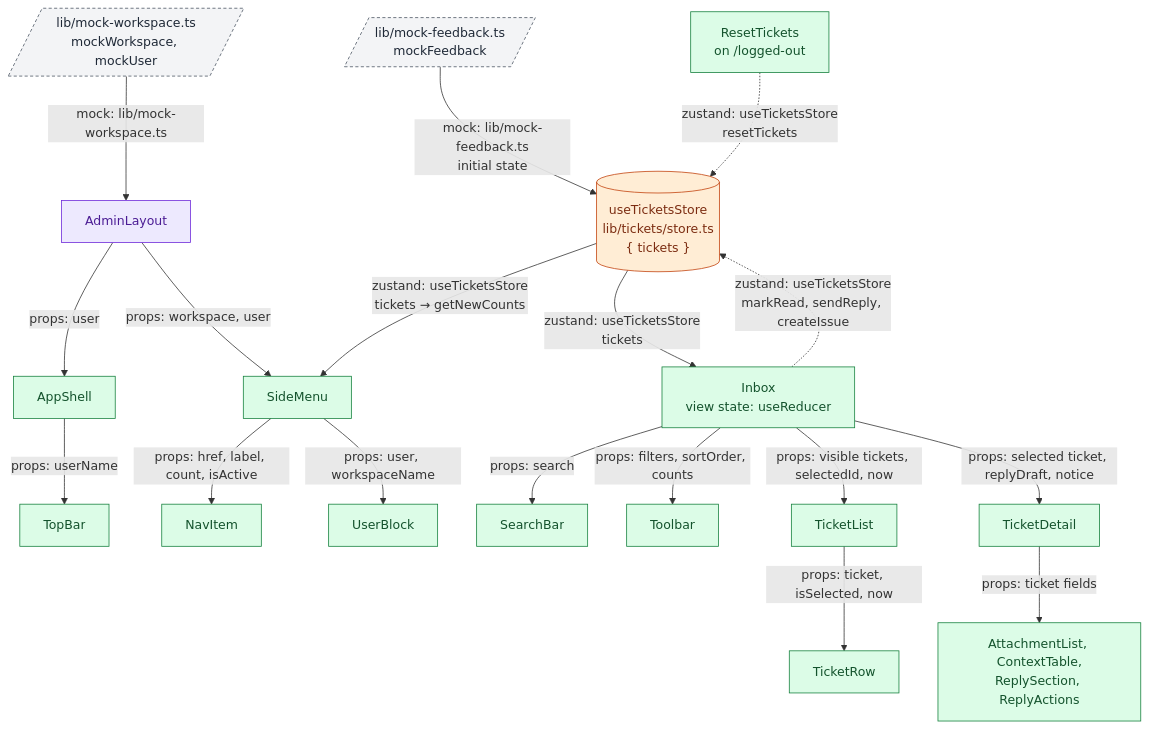
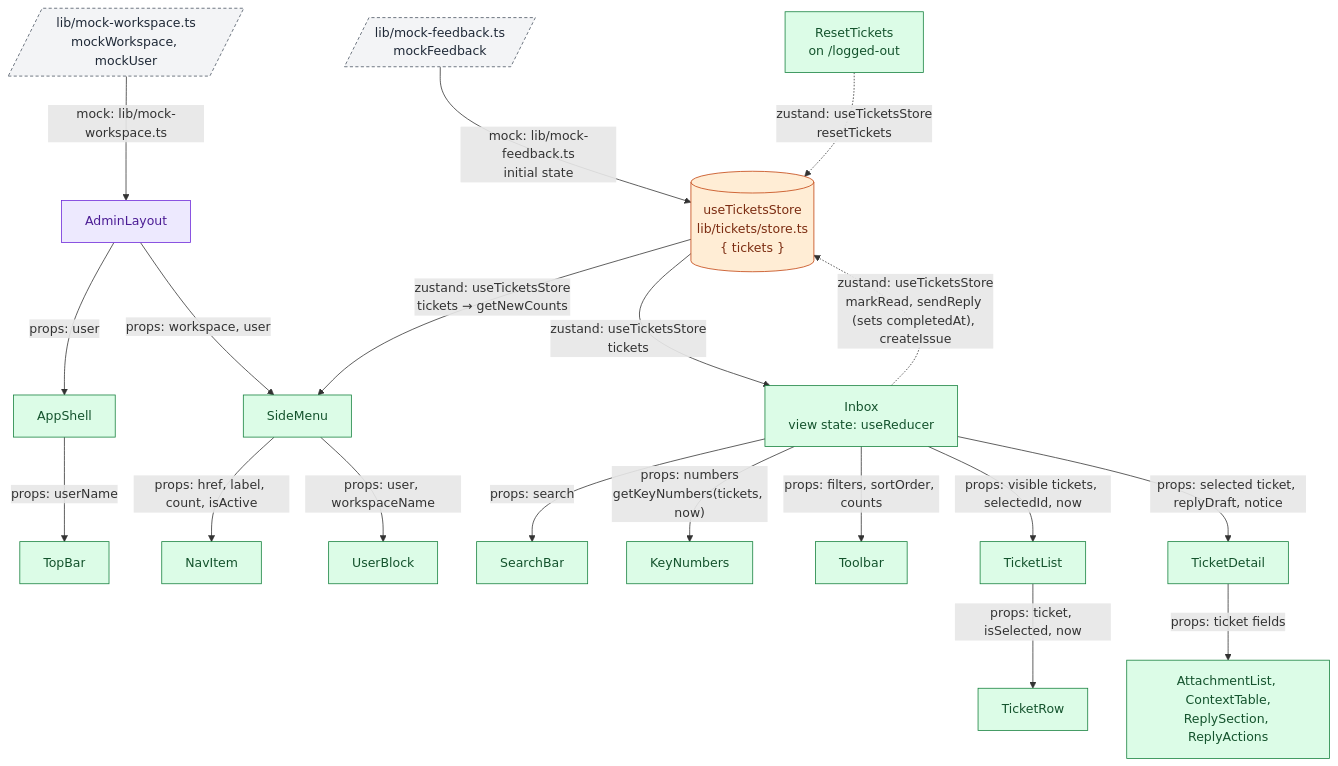
Diagram 13 of 13 in apps/admin/docs/architecture.md (AlberteViendahl/feedback), drawn with Mermaid before and after one commit. The commit also changed other lines of this file, not shown here.

Commit message:
Updates to architecture

````diff
--- a/apps/admin/docs/architecture.md
+++ b/apps/admin/docs/architecture.md
@@ -520,50 +537,52 @@
 ```mermaid
 flowchart TD
   MockWorkspace[/"lib/mock-workspace.ts<br/>mockWorkspace, mockUser"/]:::mock
   MockFeedback[/"lib/mock-feedback.ts<br/>mockFeedback"/]:::mock
   Store[("useTicketsStore<br/>lib/tickets/store.ts<br/>{ tickets }")]:::store
 
   AdminLayout["AdminLayout"]:::layout
   AppShell["AppShell"]:::component
   TopBar["TopBar"]:::component
   SideMenu["SideMenu"]:::component
   NavItem["NavItem"]:::component
   UserBlock["UserBlock"]:::component
 
   Inbox["Inbox<br/>view state: useReducer"]:::component
   SearchBar["SearchBar"]:::component
+  KeyNumbers["KeyNumbers"]:::component
   Toolbar["Toolbar"]:::component
   TicketList["TicketList"]:::component
   TicketRow["TicketRow"]:::component
   TicketDetail["TicketDetail"]:::component
   Sections["AttachmentList, ContextTable,<br/>ReplySection, ReplyActions"]:::component
 
   ResetTickets["ResetTickets<br/>on /logged-out"]:::component
 
   MockWorkspace -- "mock: lib/mock-workspace.ts" --> AdminLayout
   MockFeedback -- "mock: lib/mock-feedback.ts<br/>initial state" --> Store
 
   AdminLayout -- "props: user" --> AppShell
   AppShell -- "props: userName" --> TopBar
   AdminLayout -- "props: workspace, user" --> SideMenu
   Store -- "zustand: useTicketsStore<br/>tickets → getNewCounts" --> SideMenu
   SideMenu -- "props: href, label, count, isActive" --> NavItem
   SideMenu -- "props: user, workspaceName" --> UserBlock
 
   Store -- "zustand: useTicketsStore<br/>tickets" --> Inbox
   Inbox -- "props: search" --> SearchBar
+  Inbox -- "props: numbers<br/>getKeyNumbers(tickets, now)" --> KeyNumbers
   Inbox -- "props: filters, sortOrder, counts" --> Toolbar
   Inbox -- "props: visible tickets, selectedId, now" --> TicketList
   TicketList -- "props: ticket, isSelected, now" --> TicketRow
   Inbox -- "props: selected ticket, replyDraft, notice" --> TicketDetail
   TicketDetail -- "props: ticket fields" --> Sections
 
-  Inbox -. "zustand: useTicketsStore<br/>markRead, sendReply, createIssue" .-> Store
+  Inbox -. "zustand: useTicketsStore<br/>markRead, sendReply (sets completedAt), createIssue" .-> Store
   ResetTickets -. "zustand: useTicketsStore<br/>resetTickets" .-> Store
 
   classDef page fill:#DBEAFE,stroke:#1D4ED8,color:#1E3A8A
   classDef layout fill:#EDE9FE,stroke:#6D28D9,color:#4C1D95
   classDef component fill:#DCFCE7,stroke:#15803D,color:#14532D
   classDef store fill:#FFEDD5,stroke:#C2410C,color:#7C2D12
   classDef mock fill:#F3F4F6,stroke:#4B5563,color:#1F2937,stroke-dasharray:4 3
 ```
````
